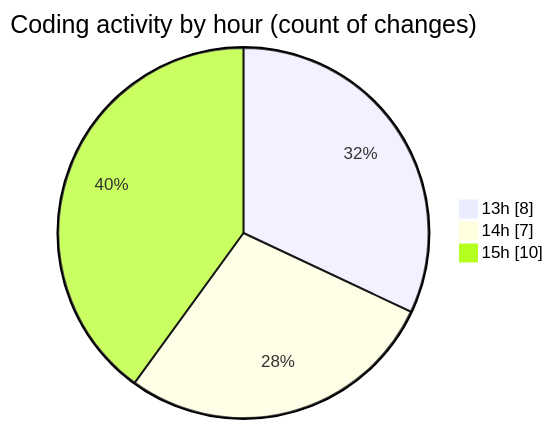
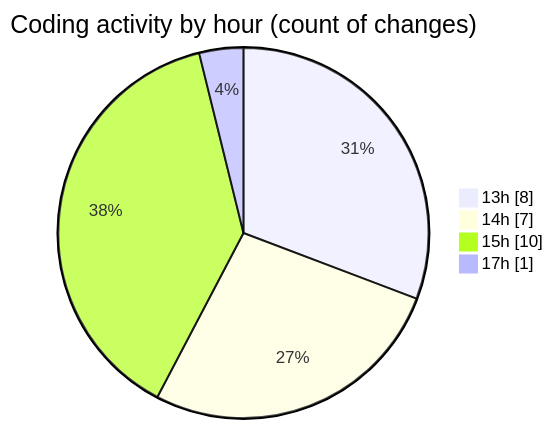
One commit to BS-eng2023/code-tracking changed the second of 2 diagrams in 2025-04-03/jsvms/README.md. Above: the diagram before and after it, drawn with Mermaid. The commit also changed other lines of this file and 1 other file, not shown here.

````diff
--- a/2025-04-03/jsvms/README.md
+++ b/2025-04-03/jsvms/README.md
@@ -37,7 +38,8 @@
 ```mermaid
 pie showData
 title Coding activity by hour (count of changes)
 "13h" : 8
 "14h" : 7
 "15h" : 10
+"17h" : 1
 ```
````
